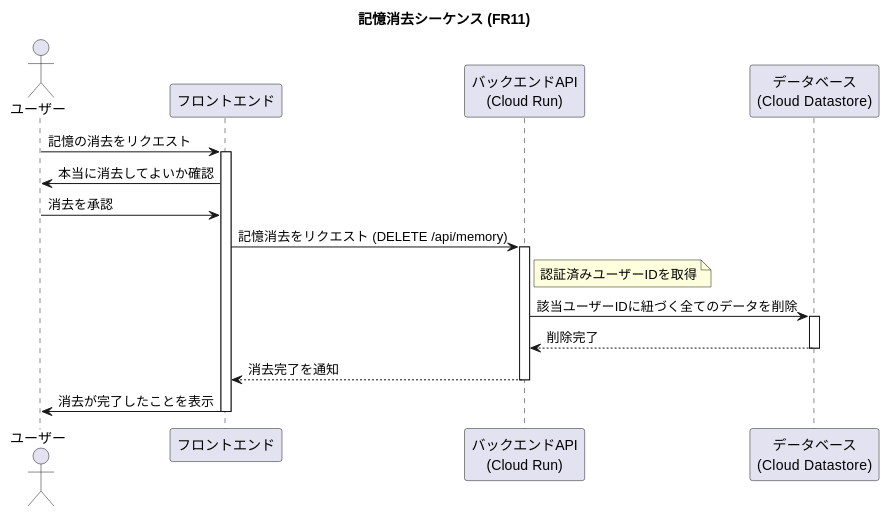
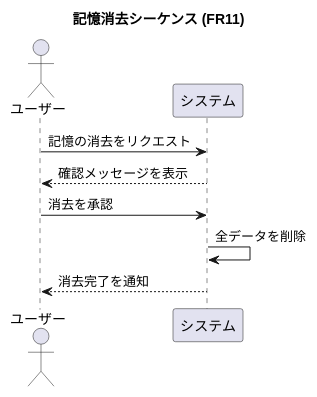
The ninth of 10 diagrams in doc/1.SPEC.md (prankster-freedom/ToyBox), drawn with PlantUML before and after one commit. The commit also changed other lines of this file and 25 other files, not shown here.

````diff
--- a/doc/1.SPEC.md
+++ b/doc/1.SPEC.md
@@ -347,31 +260,14 @@
 ```plantuml
 @startuml
 title 記憶消去シーケンス (FR11)
 
 actor "ユーザー" as User
-participant "フロントエンド" as Frontend
-participant "バックエンドAPI\n(Cloud Run)" as Backend
-participant "データベース\n(Cloud Datastore)" as DB
+participant "システム" as System
 
-User -> Frontend: 記憶の消去をリクエスト
-activate Frontend
-
-Frontend -> User: 本当に消去してよいか確認
-User -> Frontend: 消去を承認
-
-Frontend -> Backend: 記憶消去をリクエスト (DELETE /api/memory)
-activate Backend
-note right of Backend: 認証済みユーザーIDを取得
-
-Backend -> DB: 該当ユーザーIDに紐づく全てのデータを削除
-activate DB
-DB --> Backend: 削除完了
-deactivate DB
-
-Backend --> Frontend: 消去完了を通知
-deactivate Backend
-
-Frontend -> User: 消去が完了したことを表示
-deactivate Frontend
+User -> System: 記憶の消去をリクエスト
+System --> User: 確認メッセージを表示
+User -> System: 消去を承認
+System -> System: 全データを削除
+System --> User: 消去完了を通知
 @enduml
 ```
````
